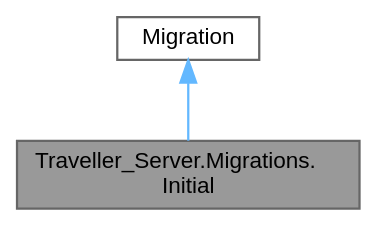
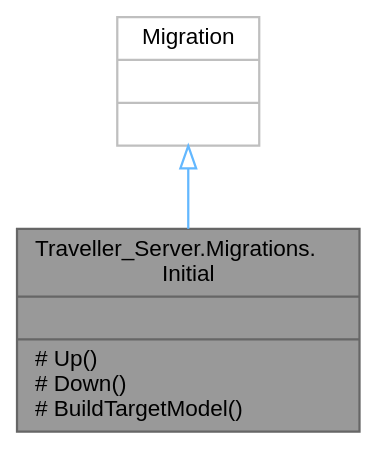
Before and after one commit to VenelinArgirov/manual-tecnico.github.io: the diagram in Servidor/class_traveller___server_1_1_migrations_1_1_initial__coll__graph.dot, drawn with Graphviz. The commit also changed 813 other files, not shown here.

```diff
--- a/Servidor/class_traveller___server_1_1_migrations_1_1_initial__coll__graph.dot
+++ b/Servidor/class_traveller___server_1_1_migrations_1_1_initial__coll__graph.dot
@@ -1,10 +1,10 @@
 digraph "Traveller_Server.Migrations.Initial"
 {
  // LATEX_PDF_SIZE
   bgcolor="transparent";
   edge [fontname=Helvetica,fontsize=10,labelfontname=Helvetica,labelfontsize=10];
   node [fontname=Helvetica,fontsize=10,shape=box,height=0.2,width=0.4];
-  Node1 [label="Traveller_Server.Migrations.\lInitial",height=0.2,width=0.4,color="gray40", fillcolor="grey60", style="filled", fontcolor="black",tooltip=" "];
-  Node2 -> Node1 [dir="back",color="steelblue1",style="solid"];
-  Node2 [label="Migration",height=0.2,width=0.4,color="gray40", fillcolor="white", style="filled",tooltip=" "];
+  Node1 [shape=record,label="{Traveller_Server.Migrations.\lInitial\n||# Up()\l# Down()\l# BuildTargetModel()\l}",height=0.2,width=0.4,color="gray40", fillcolor="grey60", style="filled", fontcolor="black",tooltip=" "];
+  Node2 -> Node1 [dir="back",color="steelblue1",style="solid",arrowtail="onormal"];
+  Node2 [shape=record,label="{Migration\n||}",height=0.2,width=0.4,color="grey75", fillcolor="white", style="filled",tooltip=" "];
 }
```
